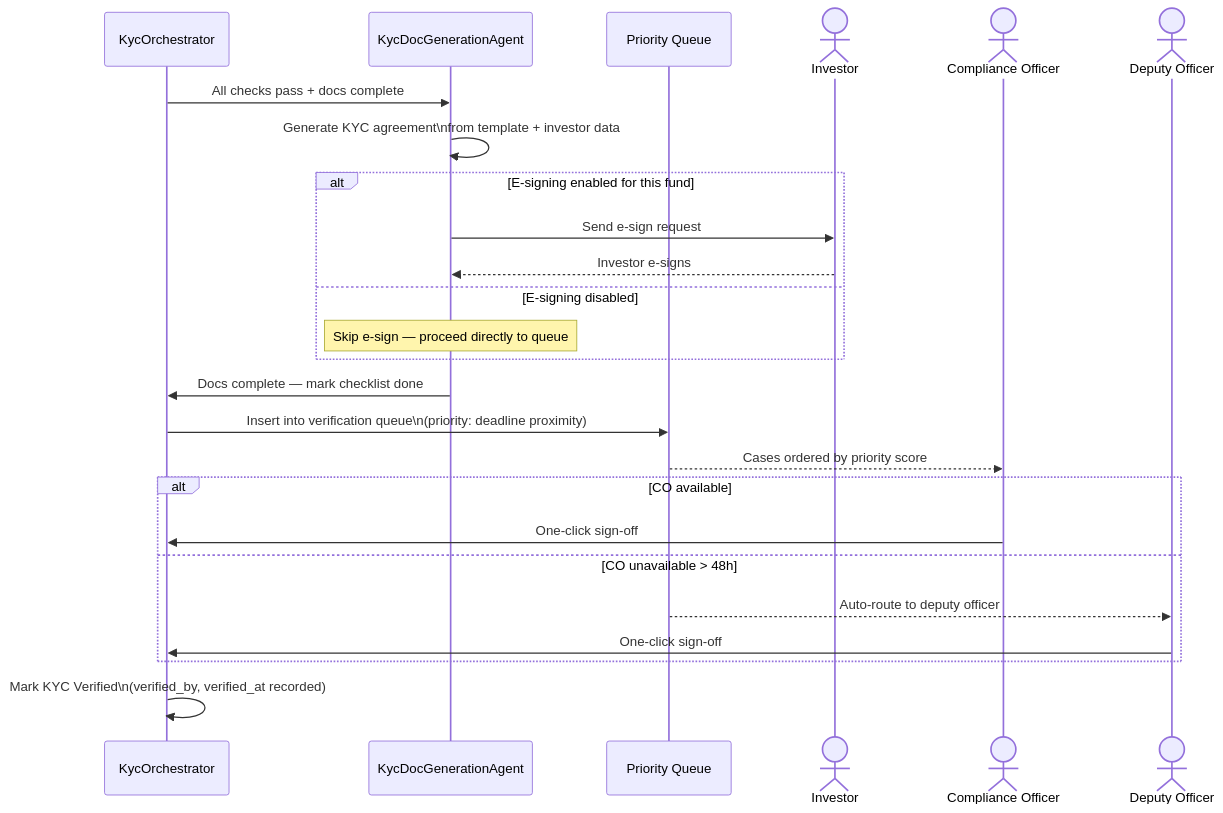
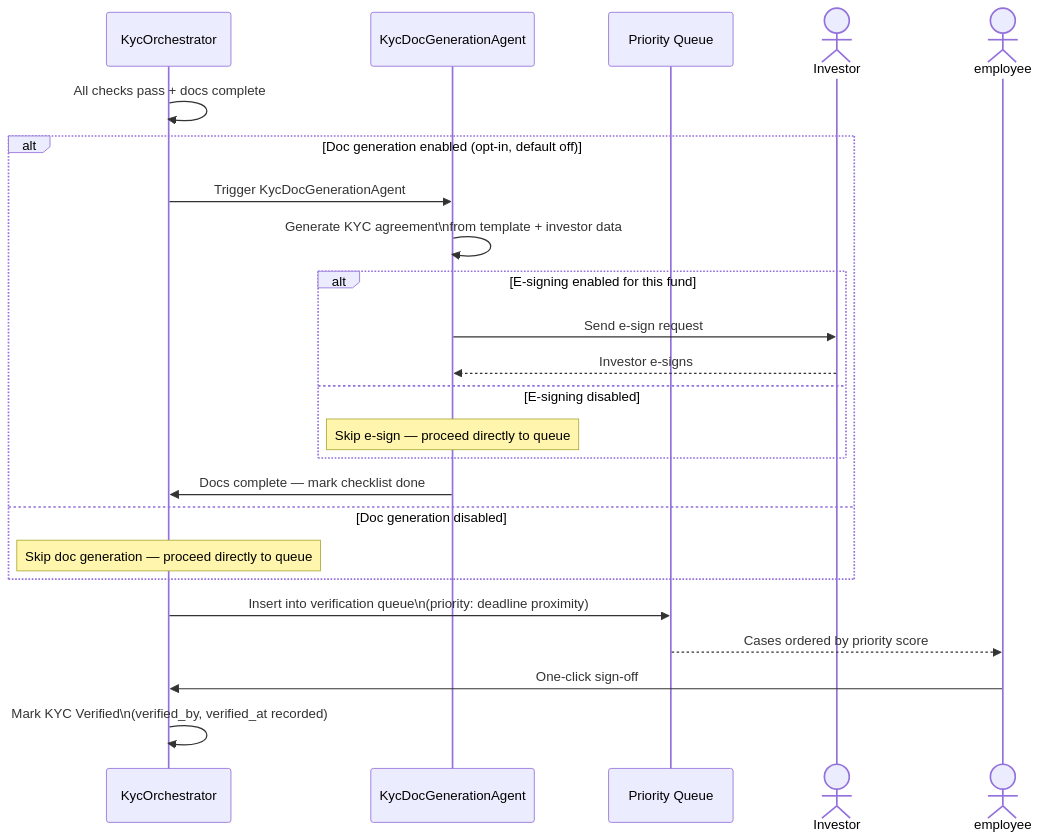
The tenth of 11 diagrams in docs/features/autonomous_kyc_onboarding_prd.md (sampadadiwan/IRM_CompanyMain), drawn with Mermaid before and after one commit. The commit also changed other lines of this file and 3 other files, not shown here.

````diff
--- a/docs/features/autonomous_kyc_onboarding_prd.md
+++ b/docs/features/autonomous_kyc_onboarding_prd.md
@@ -737,30 +750,31 @@
 ```mermaid
 sequenceDiagram
     participant ORC as KycOrchestrator
     participant DOC as KycDocGenerationAgent
     participant Q as Priority Queue
     actor I as Investor
-    actor CO as Compliance Officer
-    actor DEP as Deputy Officer
+    actor EMP as employee
 
-    ORC->>DOC: All checks pass + docs complete
-    DOC->>DOC: Generate KYC agreement\nfrom template + investor data
+    ORC->>ORC: All checks pass + docs complete
 
-    alt E-signing enabled for this fund
-        DOC->>I: Send e-sign request
-        I-->>DOC: Investor e-signs
-    else E-signing disabled
-        Note over DOC: Skip e-sign — proceed directly to queue
+    alt Doc generation enabled (opt-in, default off)
+        ORC->>DOC: Trigger KycDocGenerationAgent
+        DOC->>DOC: Generate KYC agreement\nfrom template + investor data
+
+        alt E-signing enabled for this fund
+            DOC->>I: Send e-sign request
+            I-->>DOC: Investor e-signs
+        else E-signing disabled
+            Note over DOC: Skip e-sign — proceed directly to queue
+        end
+
+        DOC->>ORC: Docs complete — mark checklist done
+    else Doc generation disabled
+        Note over ORC: Skip doc generation — proceed directly to queue
     end
 
-    DOC->>ORC: Docs complete — mark checklist done
     ORC->>Q: Insert into verification queue\n(priority: deadline proximity)
-    Q-->>CO: Cases ordered by priority score
-    alt CO available
-        CO->>ORC: One-click sign-off
-    else CO unavailable > 48h
-        Q-->>DEP: Auto-route to deputy officer
-        DEP->>ORC: One-click sign-off
-    end
+    Q-->>EMP: Cases ordered by priority score
+    EMP->>ORC: One-click sign-off
     ORC->>ORC: Mark KYC Verified\n(verified_by, verified_at recorded)
 ```
````
